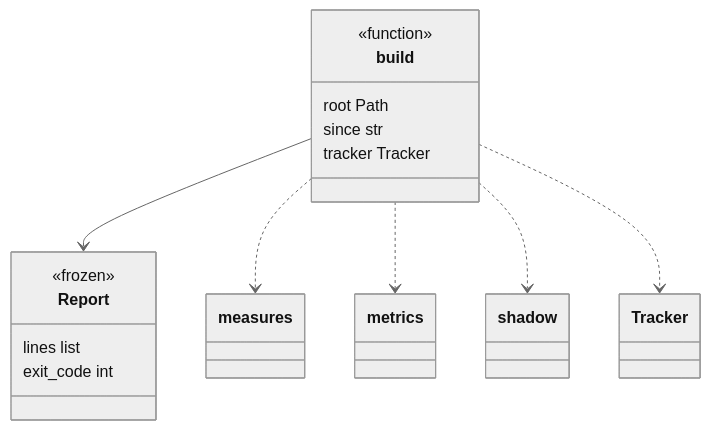
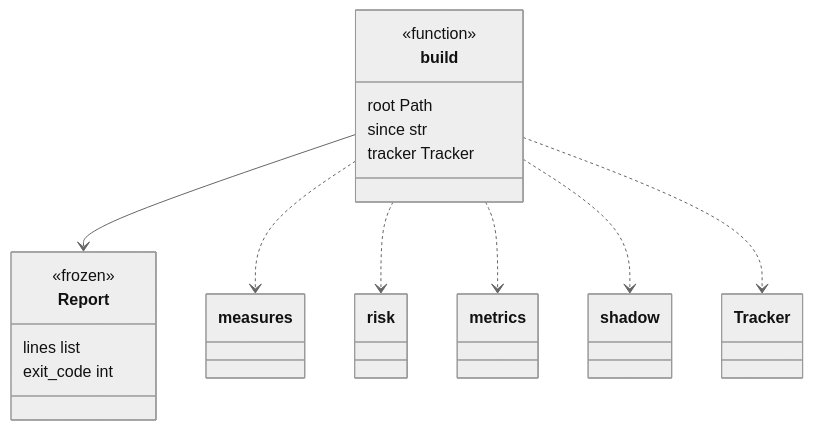
The second of 3 diagrams in docs/architecture/modules/report.md (plaplanche/ariane), drawn with Mermaid (neutral theme) before and after one commit. The commit also changed other lines of this file and 41 other files, not shown here.

````diff
--- a/docs/architecture/modules/report.md
+++ b/docs/architecture/modules/report.md
@@ -37,19 +37,20 @@
 ```mermaid
 classDiagram
 class Report {
   <<frozen>>
   lines list
   exit_code int
 }
 class build {
   <<function>>
   root Path
   since str
   tracker Tracker
 }
 build --> Report
 build ..> measures
+build ..> risk
 build ..> metrics
 build ..> shadow
 build ..> Tracker
 ```
````
